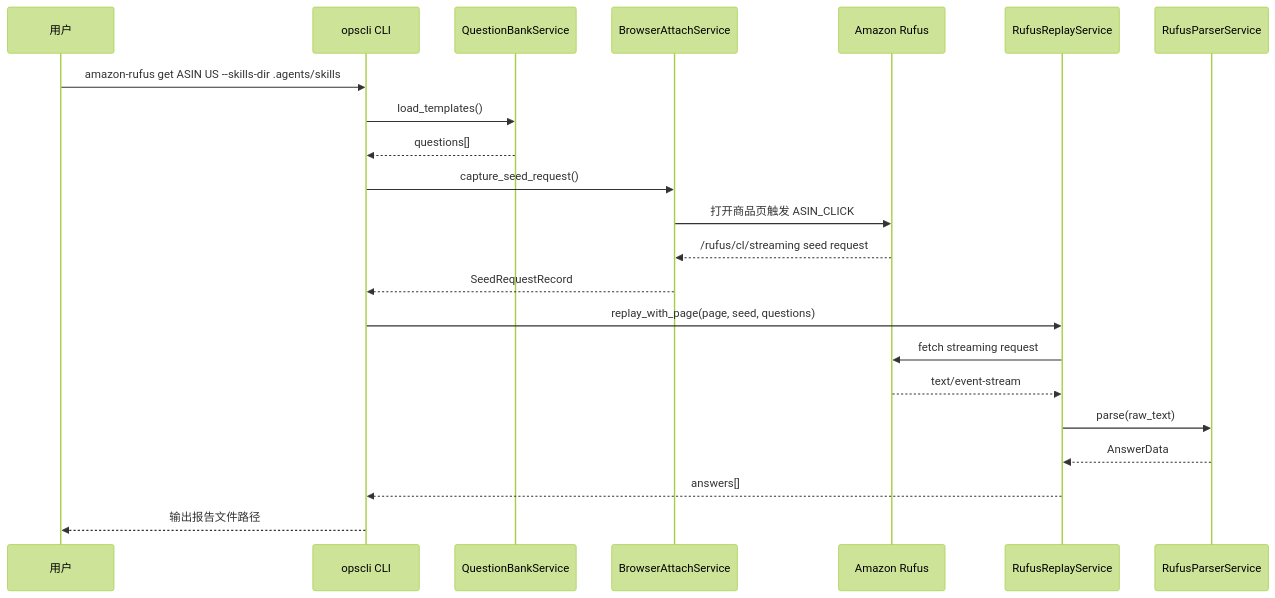
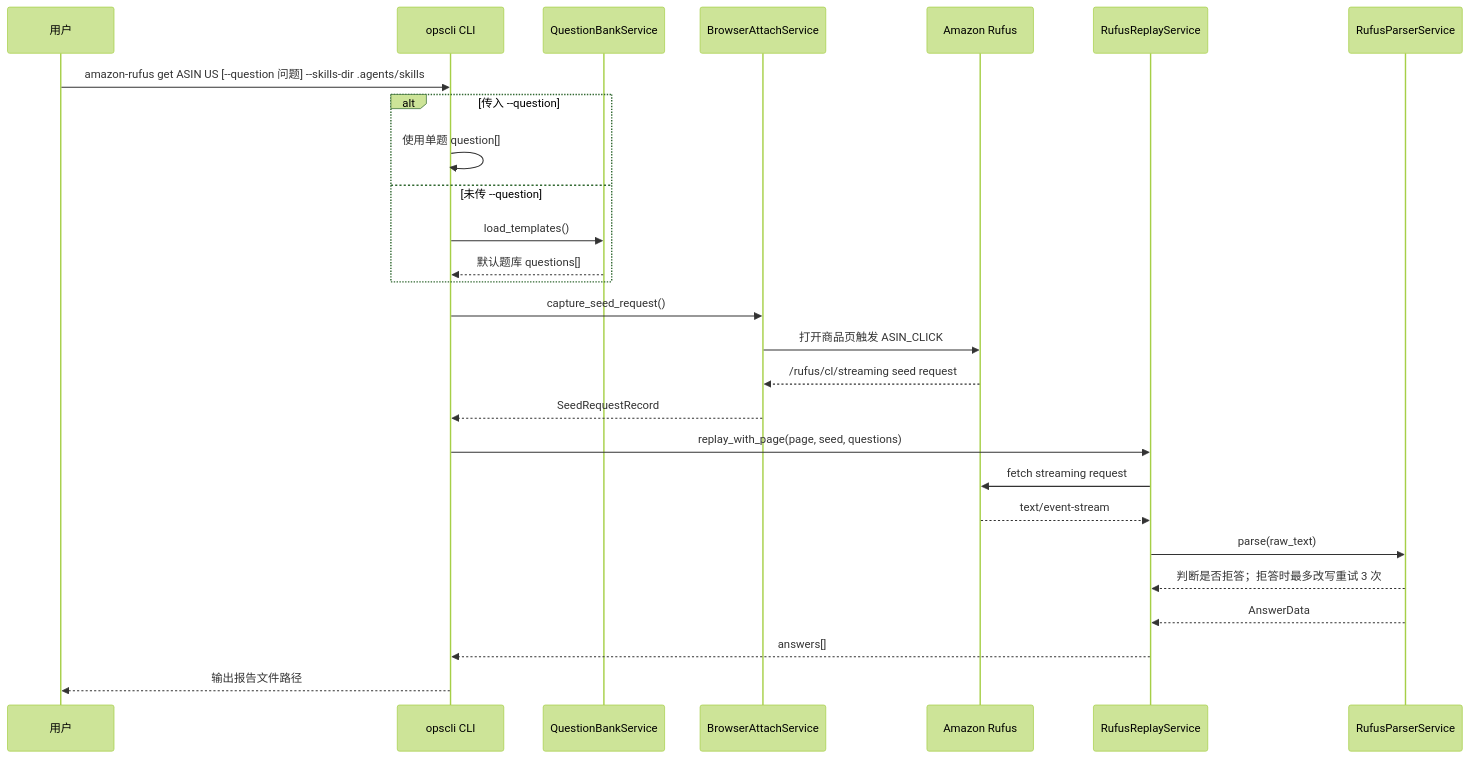
The second of 2 diagrams in opscli/skills/templates/ops-amazon-rufus/README.md (pengjianchao250/open-opscli), drawn with Mermaid (forest theme) before and after one commit. The commit also changed other lines of this file and 49 other files, not shown here.

Commit message:
feat: amazon rufus 支持 cli 使用问题参数，skill 支持自动润色问题并重试，skill 支持问题保存为模板。

````diff
--- a/opscli/skills/templates/ops-amazon-rufus/README.md
+++ b/opscli/skills/templates/ops-amazon-rufus/README.md
@@ -102,25 +143,30 @@
 ```mermaid
 sequenceDiagram
     participant User as 用户
     participant CLI as opscli CLI
     participant Bank as QuestionBankService
     participant Browser as BrowserAttachService
     participant Rufus as Amazon Rufus
     participant Replay as RufusReplayService
     participant Parser as RufusParserService
 
-    User->>CLI: amazon-rufus get ASIN US --skills-dir .agents/skills
-    CLI->>Bank: load_templates()
-    Bank-->>CLI: questions[]
+    User->>CLI: amazon-rufus get ASIN US [--question 问题] --skills-dir .agents/skills
+    alt 传入 --question
+        CLI->>CLI: 使用单题 question[]
+    else 未传 --question
+        CLI->>Bank: load_templates()
+        Bank-->>CLI: 默认题库 questions[]
+    end
     CLI->>Browser: capture_seed_request()
     Browser->>Rufus: 打开商品页触发 ASIN_CLICK
     Rufus-->>Browser: /rufus/cl/streaming seed request
     Browser-->>CLI: SeedRequestRecord
     CLI->>Replay: replay_with_page(page, seed, questions)
     Replay->>Rufus: fetch streaming request
     Rufus-->>Replay: text/event-stream
     Replay->>Parser: parse(raw_text)
+    Parser-->>Replay: 判断是否拒答；拒答时最多改写重试 3 次
     Parser-->>Replay: AnswerData
     Replay-->>CLI: answers[]
     CLI-->>User: 输出报告文件路径
 ```
````
